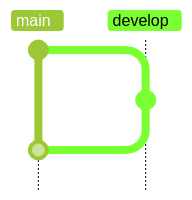
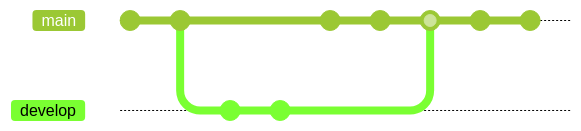
One commit to teachingai/full-stack-skills changed the tenth of 22 diagrams in skills/mermaid/examples/gitgraph.md. Above: the diagram before and after it, drawn with Mermaid (forest theme). The commit also changed other lines of this file and 1 other file, not shown here. Commit ids are hidden.

First line of the commit message:
docs(mermaid): 更新甘特图和Git图表示例文档

````diff
--- a/skills/mermaid/examples/gitgraph.md
+++ b/skills/mermaid/examples/gitgraph.md
@@ -106,9 +228,14 @@
 ```mermaid
-gitGraph TB:
-    commit id: "Initial commit"
+gitGraph LR:
+    commit
+    commit
     branch develop
-    checkout develop
-    commit id: "Add feature A"
+    commit
+    commit
     checkout main
+    commit
+    commit
     merge develop
+    commit
+    commit
 ```
````
